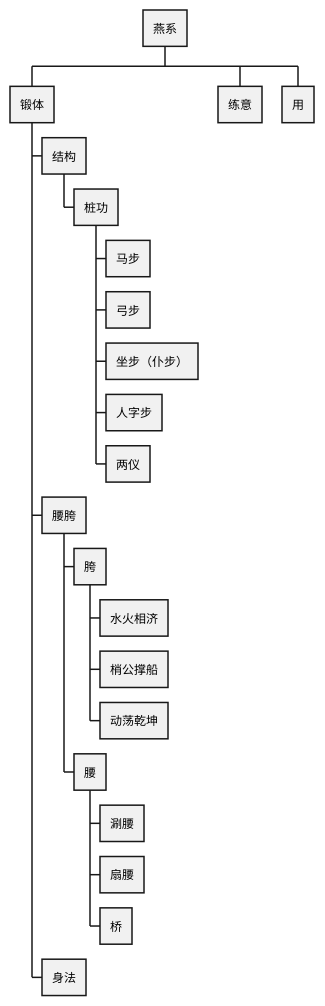
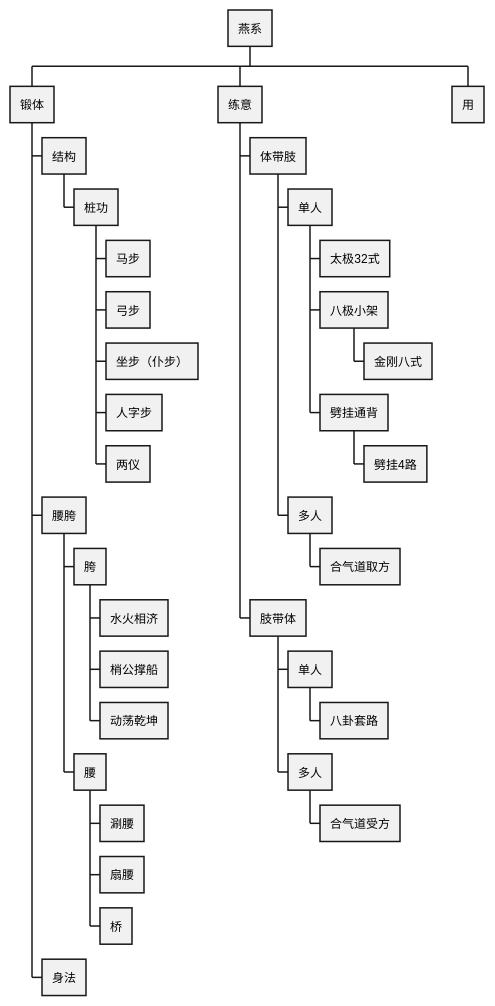
One commit to thcpc/KnowledgeBank changed the diagram in Literature Notes/武术/体系图.md. Above: the diagram before and after it, drawn with PlantUML. The commit also changed 19 other files, not shown here.

````diff
--- a/Literature Notes/武术/体系图.md
+++ b/Literature Notes/武术/体系图.md
@@ -1,25 +1,39 @@
 ```plantuml
 @startwbs
 * 燕系
 ** 锻体
 *** 结构
 **** 桩功
 ***** 马步
 ***** 弓步
 ***** 坐步（仆步）
 ***** 人字步
 ***** 两仪
 *** 腰胯
 **** 胯
 ***** 水火相济
 ***** 梢公撑船
 ***** 动荡乾坤
 **** 腰
 ***** 涮腰
 ***** 扇腰
 ***** 桥
 *** 身法
 ** 练意
+*** 体带肢
+**** 单人
+***** 太极32式
+***** 八极小架
+****** 金刚八式
+***** 劈挂通背
+****** 劈挂4路
+**** 多人
+***** 合气道取方
+*** 肢带体
+**** 单人
+***** 八卦套路
+**** 多人
+***** 合气道受方
 ** 用
 @endwbs
 ```
````
